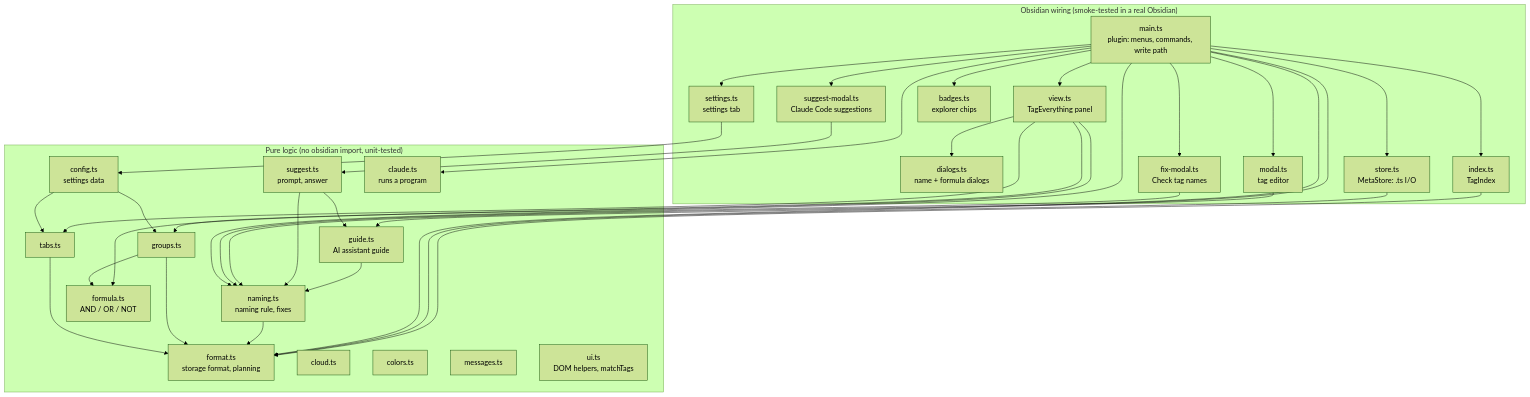
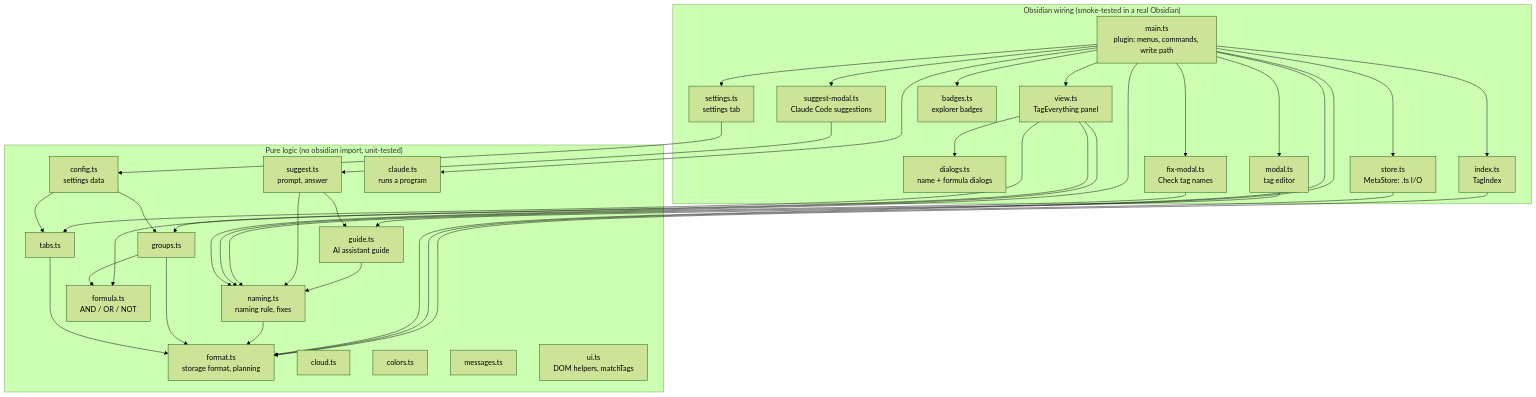
The first of 5 diagrams in plugins/tag-everything/docs/architecture.md (AlbanMontaigu/obsidian), drawn with Mermaid (forest theme) before and after one commit. The commit also changed other lines of this file and 10 other files, not shown here.

Commit message:
tag-everything 0.17.0: explorer badges as a tag-count pill with a hover list

````diff
--- a/plugins/tag-everything/docs/architecture.md
+++ b/plugins/tag-everything/docs/architecture.md
@@ -12,39 +12,39 @@
 ```mermaid
 flowchart TB
   subgraph wiring ["Obsidian wiring (smoke-tested in a real Obsidian)"]
     main[main.ts<br/>plugin: menus, commands, write path]
     view[view.ts<br/>TagEverything panel]
     dialogs[dialogs.ts<br/>name + formula dialogs]
     modal[modal.ts<br/>tag editor]
     fixm[fix-modal.ts<br/>Check tag names]
     sugm[suggest-modal.ts<br/>Claude Code suggestions]
     settings[settings.ts<br/>settings tab]
-    badges[badges.ts<br/>explorer chips]
+    badges[badges.ts<br/>explorer badges]
     index[index.ts<br/>TagIndex]
     store[store.ts<br/>MetaStore: .ts I/O]
   end
   subgraph pure ["Pure logic (no obsidian import, unit-tested)"]
     format[format.ts<br/>storage format, planning]
     naming[naming.ts<br/>naming rule, fixes]
     formula[formula.ts<br/>AND / OR / NOT]
     groups[groups.ts]
     tabs[tabs.ts]
     config[config.ts<br/>settings data]
     cloud[cloud.ts]
     colors[colors.ts]
     messages[messages.ts]
     ui[ui.ts<br/>DOM helpers, matchTags]
     guide[guide.ts<br/>AI assistant guide]
     suggest[suggest.ts<br/>prompt, answer]
     claude[claude.ts<br/>runs a program]
   end
   main --> modal & view & fixm & sugm & badges & index & store & settings & guide & claude
   sugm --> suggest
   guide --> naming
   suggest --> naming & guide
   view --> dialogs & groups & tabs & formula
   modal & fixm & main --> naming
   index & store & main & naming & groups & tabs --> format
   groups --> formula
   settings --> config --> groups & tabs
 ```
````
